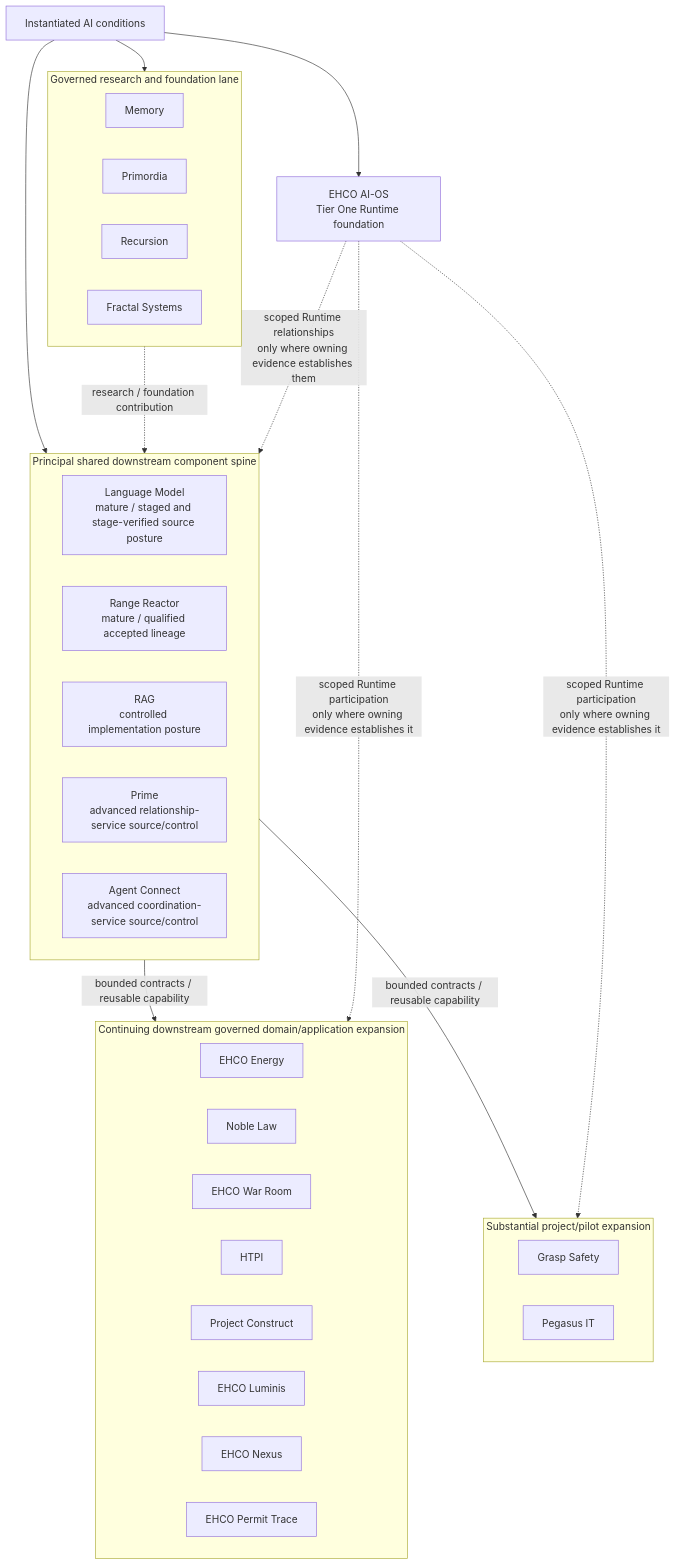
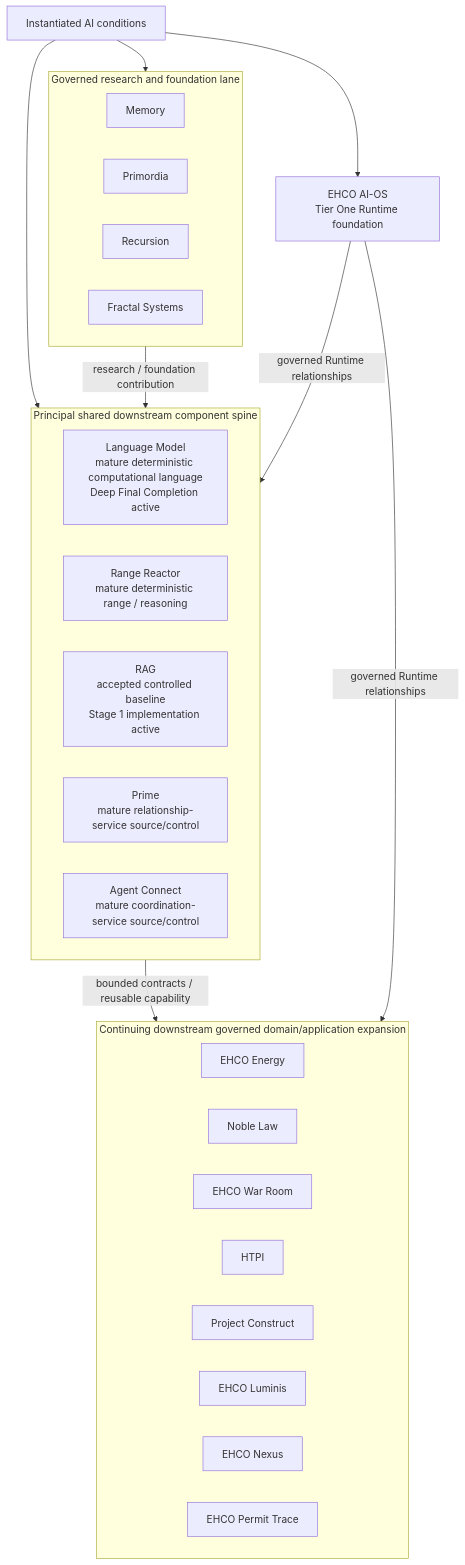
Before and after one commit to EHCOnomics-Systems/EHCOsystem: the third of 4 diagrams in architecture/diagrams/README.md, drawn with Mermaid. The commit also changed other lines of this file and 34 other files, not shown here.

````diff
--- a/architecture/diagrams/README.md
+++ b/architecture/diagrams/README.md
@@ -75,46 +67,39 @@
 ```mermaid
 flowchart TD
     CAT[Instantiated AI conditions]
     RT[EHCO AI-OS<br/>Tier One Runtime foundation]
 
     subgraph Spine[Principal shared downstream component spine]
-        LM[Language Model<br/>mature / staged and stage-verified source posture]
-        RR[Range Reactor<br/>mature / qualified accepted lineage]
-        RAG[RAG<br/>controlled implementation posture]
-        PRIME[Prime<br/>advanced relationship-service source/control]
-        AC[Agent Connect<br/>advanced coordination-service source/control]
+        LM[Language Model<br/>mature deterministic computational language<br/>Deep Final Completion active]
+        RR[Range Reactor<br/>mature deterministic range / reasoning]
+        RAG[RAG<br/>accepted controlled baseline<br/>Stage 1 implementation active]
+        PRIME[Prime<br/>mature relationship-service source/control]
+        AC[Agent Connect<br/>mature coordination-service source/control]
     end
 
     subgraph Research[Governed research and foundation lane]
         MEM[Memory]
         PRIM[Primordia]
         REC[Recursion]
         FRA[Fractal Systems]
     end
 
     subgraph Apps[Continuing downstream governed domain/application expansion]
         EN[EHCO Energy]
         NL[Noble Law]
         WR[EHCO War Room]
         H[HTPI]
         PC[Project Construct]
         LU[EHCO Luminis]
         N[EHCO Nexus]
         PT[EHCO Permit Trace]
     end
 
-    subgraph Programs[Substantial project/pilot expansion]
-        G[Grasp Safety]
-        P[Pegasus IT]
-    end
-
     CAT --> RT
     CAT --> Spine
     CAT --> Research
     Spine -->|bounded contracts / reusable capability| Apps
-    Spine -->|bounded contracts / reusable capability| Programs
-    Research -. research / foundation contribution .-> Spine
-    RT -. scoped Runtime relationships<br/>only where owning evidence establishes them .-> Spine
-    RT -. scoped Runtime participation<br/>only where owning evidence establishes it .-> Apps
-    RT -. scoped Runtime participation<br/>only where owning evidence establishes it .-> Programs
+    Research -->|research / foundation contribution| Spine
+    RT -->|governed Runtime relationships| Spine
+    RT -->|governed Runtime relationships| Apps
 ```
````
